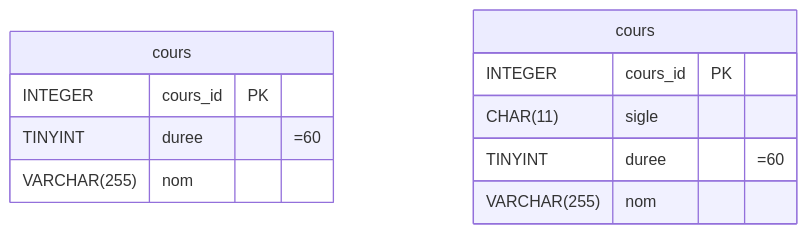
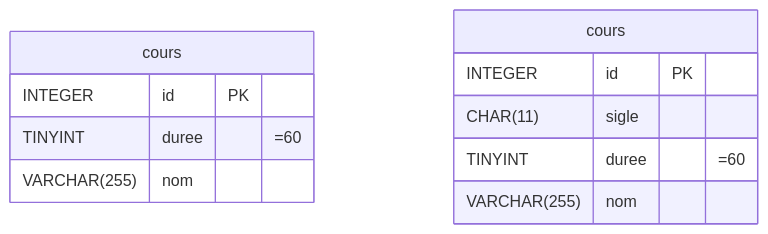
The sixth of 8 diagrams in docs/notes_de_cours/section_1.4.md (TousignantSimon-BD1/TousignantSimon-BD1.github.io), drawn with Mermaid before and after one commit. The commit also changed other lines of this file and 1 other file, not shown here.

Commit message:
Utilisation de la syntaxe mermaid au lieu de définir les tables manuellement

````diff
--- a/docs/notes_de_cours/section_1.4.md
+++ b/docs/notes_de_cours/section_1.4.md
@@ -234,14 +225,14 @@
 ``` mermaid
 erDiagram 
     p[cours] {
-        INTEGER cours_id PK
+        INTEGER id PK
         TINYINT duree "=60"
         VARCHAR(255) nom
     } 
     q[cours] {
-        INTEGER cours_id PK
+        INTEGER id PK
         CHAR(11) sigle
         TINYINT duree "=60"
         VARCHAR(255) nom
     }
 ```
````
